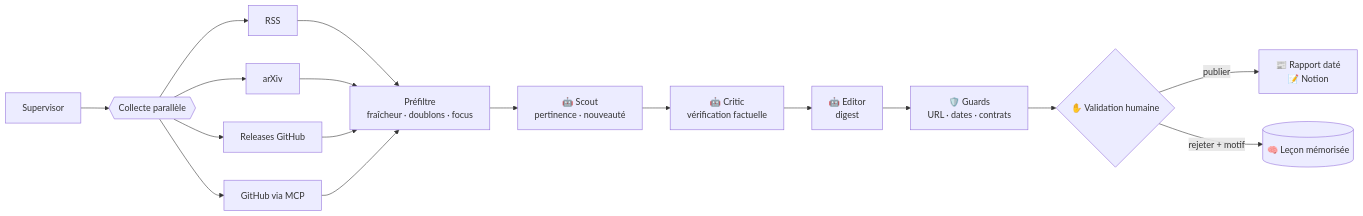
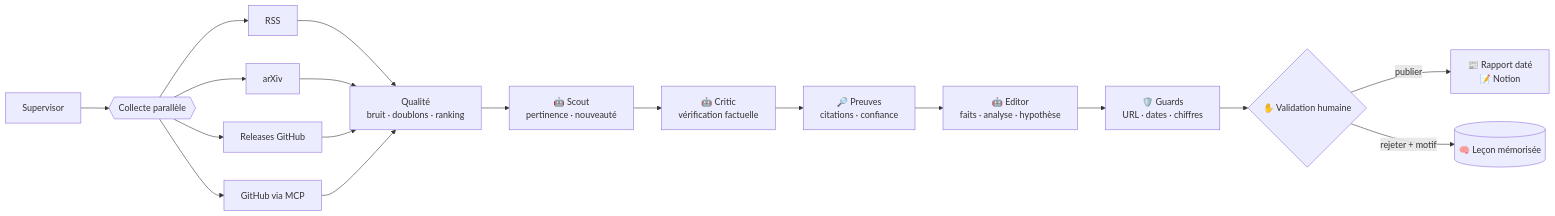
The first of 2 diagrams in README.md (Symfomany/wax-demo), drawn with Mermaid before and after one commit. The commit also changed other lines of this file, not shown here.

````diff
--- a/README.md
+++ b/README.md
@@ -144,13 +116,14 @@
 ```mermaid
 flowchart LR
     S[Supervisor] --> C{{Collecte parallèle}}
     C --> R1[RSS] & R2[arXiv] & R3[Releases GitHub] & R4[GitHub via MCP]
-    R1 & R2 & R3 & R4 --> P[Préfiltre<br/>fraîcheur · doublons · focus]
-    P --> SC[🤖 Scout<br/>pertinence · nouveauté]
+    R1 & R2 & R3 & R4 --> Q[Qualité<br/>bruit · doublons · ranking]
+    Q --> SC[🤖 Scout<br/>pertinence · nouveauté]
     SC --> CR[🤖 Critic<br/>vérification factuelle]
-    CR --> ED[🤖 Editor<br/>digest]
-    ED --> G[🛡️ Guards<br/>URL · dates · contrats]
+    CR --> EV[🔎 Preuves<br/>citations · confiance]
+    EV --> ED[🤖 Editor<br/>faits · analyse · hypothèse]
+    ED --> G[🛡️ Guards<br/>URL · dates · chiffres]
     G --> H{✋ Validation humaine}
     H -->|publier| PUB[📰 Rapport daté<br/>📝 Notion]
     H -->|rejeter + motif| M[(🧠 Leçon mémorisée)]
 ```
````
